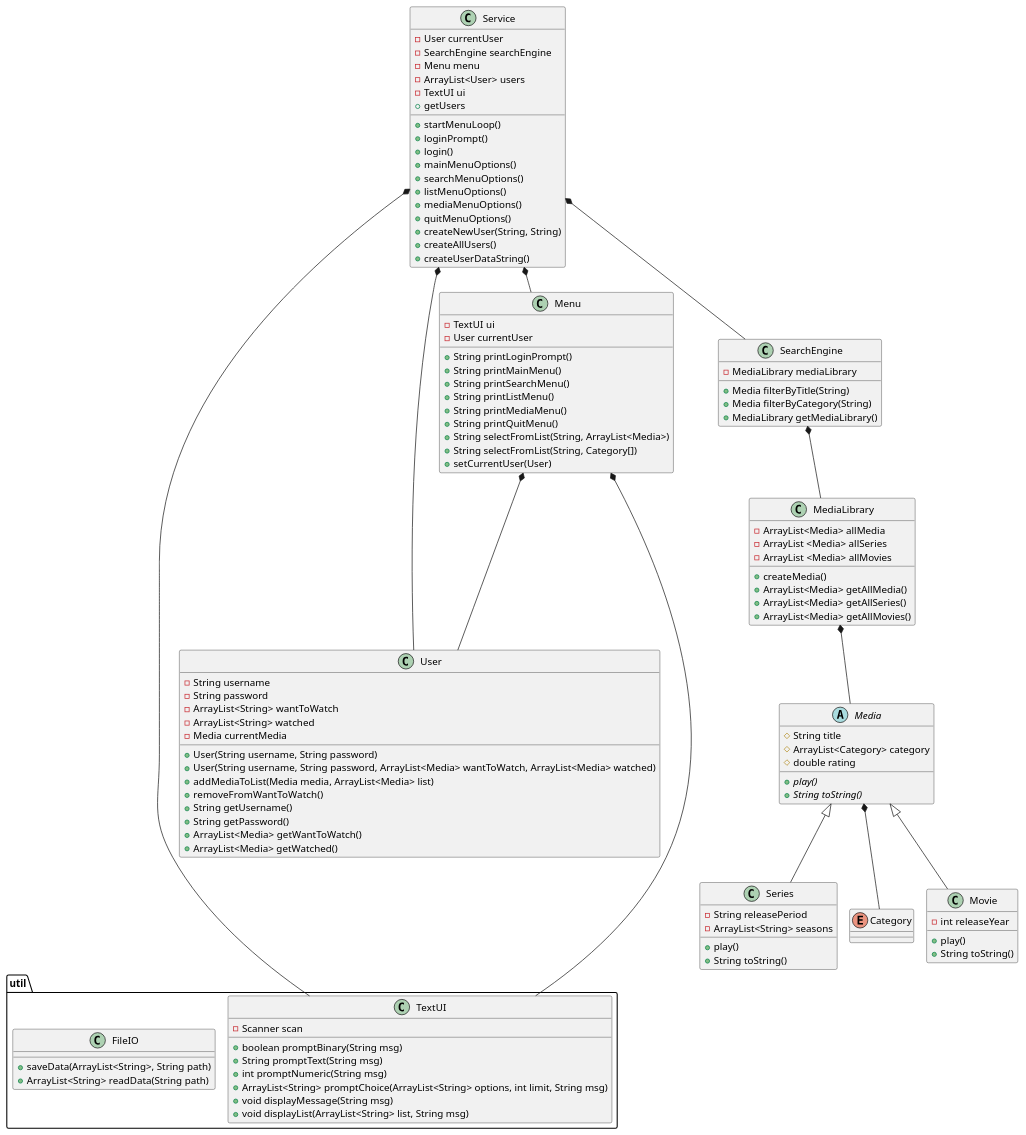
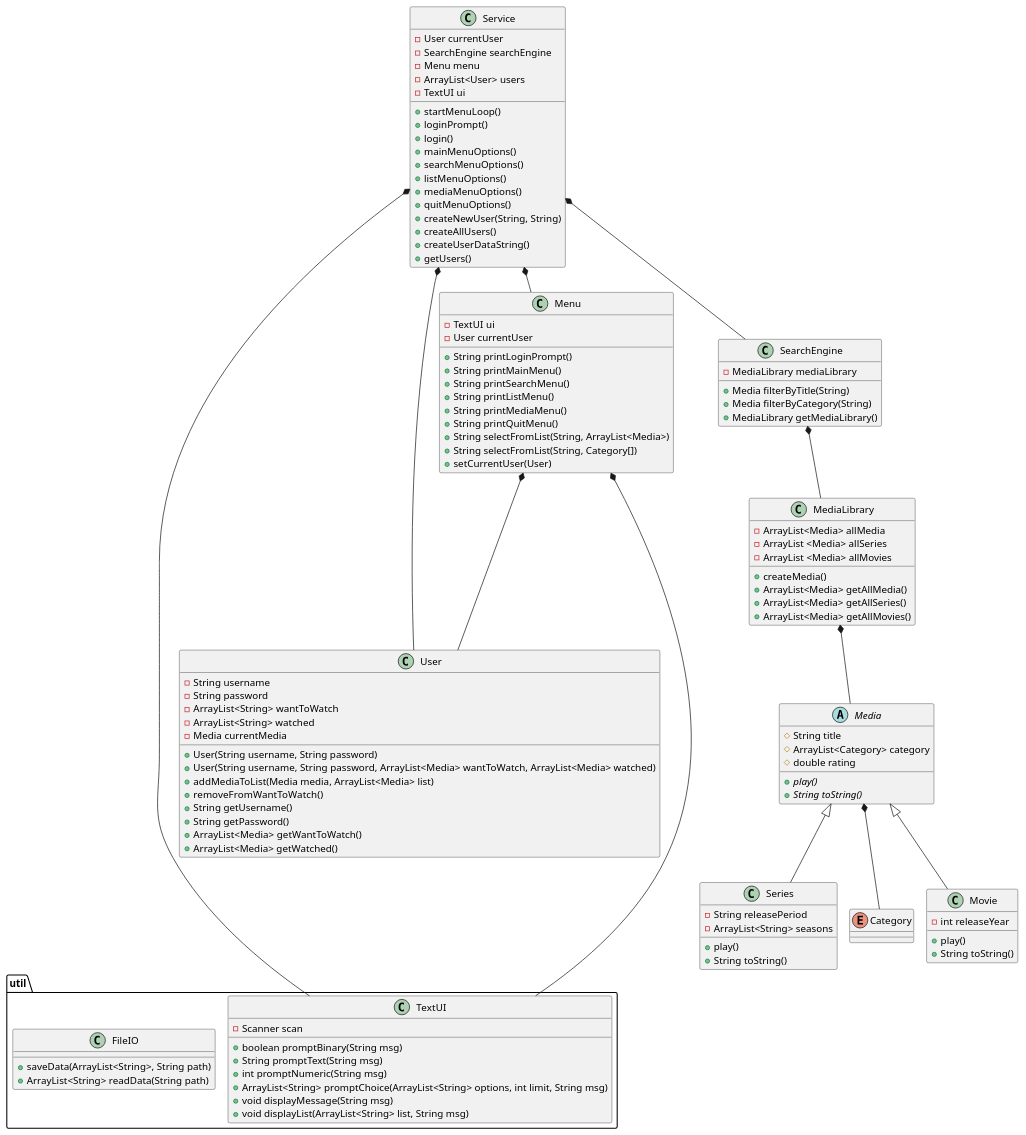
Before and after one commit to Ledut-dev/SP3_Chill: the diagram in doc/Classdiagram_V3.puml, drawn with PlantUML.

Commit message:
Fix for class diagram

```diff
--- a/doc/Classdiagram_V3.puml
+++ b/doc/Classdiagram_V3.puml
@@ -1,129 +1,129 @@
 @startuml
 'https://plantuml.com/class-diagram
 
 !pragma layout smetana
 
 enum Category
 
 
 class Service {
 - User currentUser
 - SearchEngine searchEngine
 - Menu menu
 - ArrayList<User> users
 -TextUI ui
 +startMenuLoop()
 +loginPrompt()
 +login()
 +mainMenuOptions()
 +searchMenuOptions()
 +listMenuOptions()
 +mediaMenuOptions()
 +quitMenuOptions()
 +createNewUser(String, String)
 +createAllUsers()
 +createUserDataString()
-+getUsers
++getUsers()
 }
 
 class MediaLibrary{
 - ArrayList<Media> allMedia
 - ArrayList <Media> allSeries
 - ArrayList <Media> allMovies
 +createMedia()
 + ArrayList<Media> getAllMedia()
 + ArrayList<Media> getAllSeries()
 + ArrayList<Media> getAllMovies()
 
 }
 class Menu{
 - TextUI ui
 - User currentUser
 +String printLoginPrompt()
 +String printMainMenu()
 +String printSearchMenu()
 +String printListMenu()
 +String printMediaMenu()
 +String printQuitMenu()
 +String selectFromList(String, ArrayList<Media>)
 +String selectFromList(String, Category[])
 +setCurrentUser(User)
 }
 
 class SearchEngine{
 - MediaLibrary mediaLibrary
 +Media filterByTitle(String)
 +Media filterByCategory(String)
 +MediaLibrary getMediaLibrary()
 
 
 }
 
 abstract class Media {
 # String title
 # ArrayList<Category> category
 # double rating
 +{abstract} play()
 +{abstract} String toString()
 }
 
 class Movie extends Media{
 - int releaseYear
 + play()
 + String toString()
 }
 
 class Series extends Media{
 - String releasePeriod
 - ArrayList<String> seasons
 + play()
 + String toString()
 }
 
 
 class User{
 - String username
 - String password
 - ArrayList<String> wantToWatch
 - ArrayList<String> watched
 - Media currentMedia
 + User(String username, String password)
 + User(String username, String password, ArrayList<Media> wantToWatch, ArrayList<Media> watched)
 + addMediaToList(Media media, ArrayList<Media> list)
 + removeFromWantToWatch()
 +String getUsername()
 +String getPassword()
 +ArrayList<Media> getWantToWatch()
 +ArrayList<Media> getWatched()
 }
 
 package "util" {
 class TextUI {
 - Scanner scan
 + boolean promptBinary(String msg)
 + String promptText(String msg)
 + int promptNumeric(String msg)
 + ArrayList<String> promptChoice(ArrayList<String> options, int limit, String msg)
 + void displayMessage(String msg)
 + void displayList(ArrayList<String> list, String msg)
 }
 
 class FileIO{
 + saveData(ArrayList<String>, String path)
 + ArrayList<String> readData(String path)
 }
 }
 
 Media *-- Category
 SearchEngine *--MediaLibrary
 MediaLibrary *-- Media
 Service *-- SearchEngine
 Service *-- User
 Service *-- Menu
 Service *-- TextUI
 Menu *--- User
 Menu *----- TextUI
 
 
 
 @enduml
```
